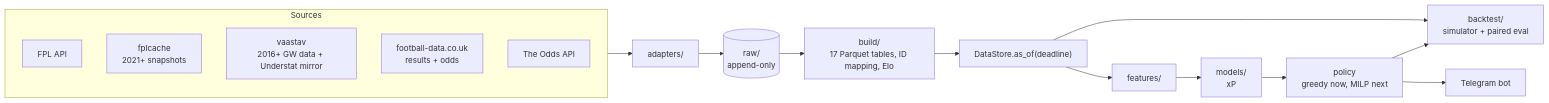
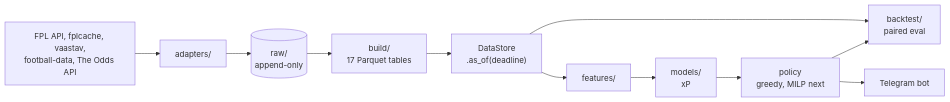
Before and after one commit to samintisar/fpl-optimizer: the diagram in README.md, drawn with Mermaid.

Commit message:
docs(readme): flatten the architecture diagram so GitHub doesn't crop it

````diff
--- a/README.md
+++ b/README.md
@@ -63,18 +63,11 @@
 ```mermaid
 flowchart LR
-    subgraph Sources
-        FPL[FPL API]
-        FC[fplcache<br/>2021+ snapshots]
-        VA[vaastav<br/>2016+ GW data + Understat mirror]
-        FD[football-data.co.uk<br/>results + odds]
-        OA[The Odds API]
-    end
-    Sources --> A[adapters/] --> RAW[(raw/<br/>append-only)]
-    RAW --> B[build/<br/>17 Parquet tables, ID mapping, Elo]
-    B --> DS["DataStore.as_of(deadline)"]
-    DS --> F[features/] --> M[models/<br/>xP]
-    M --> P[policy<br/>greedy now, MILP next]
-    DS --> BT[backtest/<br/>simulator + paired eval]
-    P --> BT
+    SRC["FPL API, fplcache, vaastav,<br/>football-data, The Odds API"] --> A[adapters/]
+    A --> RAW[("raw/<br/>append-only")]
+    RAW --> B["build/<br/>17 Parquet tables"]
+    B --> DS["DataStore<br/>.as_of(deadline)"]
+    DS --> F[features/] --> M["models/<br/>xP"] --> P["policy<br/>greedy, MILP next"]
+    P --> BT["backtest/<br/>paired eval"]
+    DS --> BT
     P --> BOT[Telegram bot]
 ```
````
